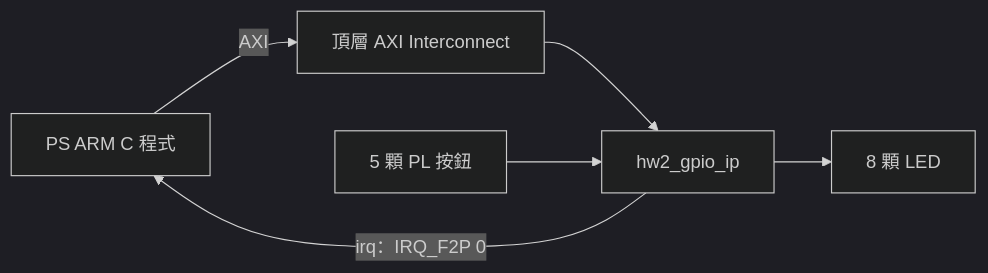
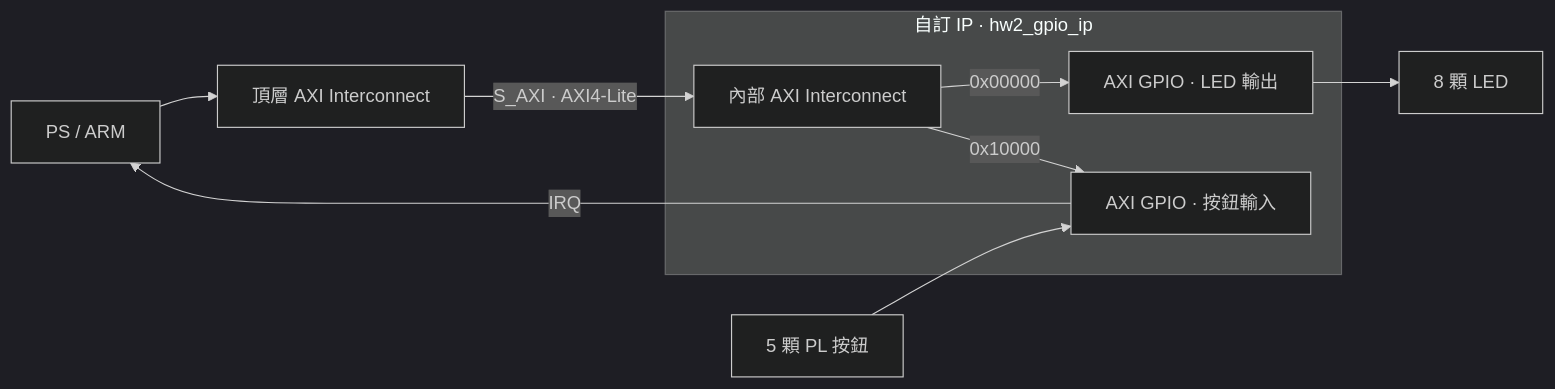
Before and after one commit to f115112124/EGO-XZ7-HW2.1: the diagram in README.md, drawn with Mermaid (dark theme). The commit also changed other lines of this file, not shown here.

````diff
--- a/README.md
+++ b/README.md
@@ -9,8 +7,13 @@
 ```mermaid
 flowchart LR
-  ARM[PS ARM C 程式] -->|AXI| TOP[頂層 AXI Interconnect]
-  TOP --> IP[hw2_gpio_ip]
-  IP --> LED[8 顆 LED]
-  BTN[5 顆 PL 按鈕] --> IP
-  IP -->|irq：IRQ_F2P 0| ARM
+  ARM["PS / ARM"] --> TOP["頂層 AXI Interconnect"]
+  subgraph IP["自訂 IP · hw2_gpio_ip"]
+    ROUTE["內部 AXI Interconnect"]
+    ROUTE -->|"0x00000"| LG["AXI GPIO · LED 輸出"]
+    ROUTE -->|"0x10000"| BG["AXI GPIO · 按鈕輸入"]
+  end
+  TOP -->|"S_AXI · AXI4-Lite"| ROUTE
+  LG --> LED["8 顆 LED"]
+  BTN["5 顆 PL 按鈕"] --> BG
+  BG -->|"IRQ"| ARM
 ```
````
